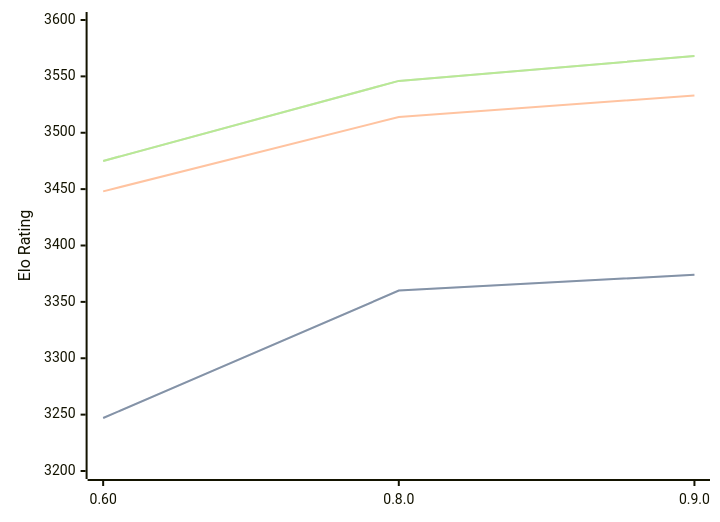
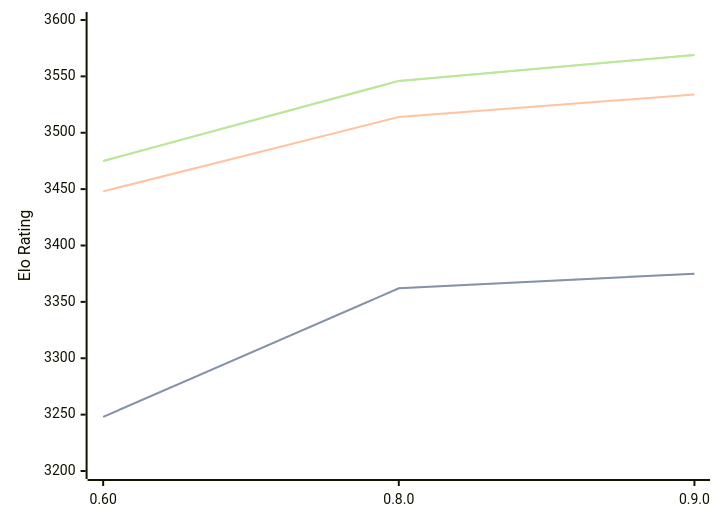
Before and after one commit to computer-chess-index/cci: the diagram in engines/Motor.md, drawn with Mermaid. The commit also changed other lines of this file, not shown here.

Commit message:
Update CCI Ratings (ELO VLTC) - 2026-04-22

````diff
--- a/engines/Motor.md
+++ b/engines/Motor.md
@@ -39,11 +39,11 @@
 ```mermaid
 %%{init: {"theme":"base","themeVariables":{"seriesColors:['#a3a3a3','#222221','#faa371']}}}%%
 xychart-beta
   x-axis ["0.60", "0.8.0", "0.9.0"]
   y-axis "Elo Rating" 3200 --> 3600
-  line "STC (8.0+0.08s)" [3247, 3360, 3374]
-  line "STC (8.0+0.08s)" [3247, 3360, 3374]
-  line "LTC (60.0+0.60s)" [3448, 3514, 3533]
-  line "VLTC (2m24s+1.12s)" [3475, 3546, 3568]
-  line "VLTC (2m24s+1.12s)" [3475, 3546, 3568]
+  line "STC (8.0+0.08s)" [3248, 3362, 3375]
+  line "STC (8.0+0.08s)" [3248, 3362, 3375]
+  line "LTC (60.0+0.60s)" [3448, 3514, 3534]
+  line "VLTC (2m24s+1.12s)" [3475, 3546, 3569]
+  line "VLTC (2m24s+1.12s)" [3475, 3546, 3569]
 ```
````
